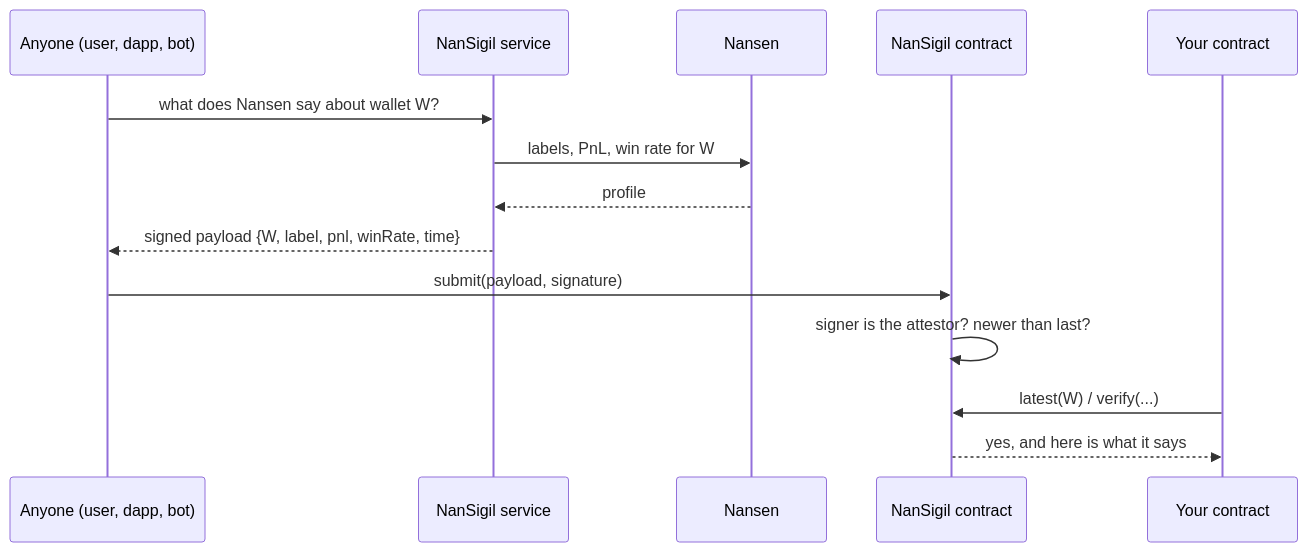
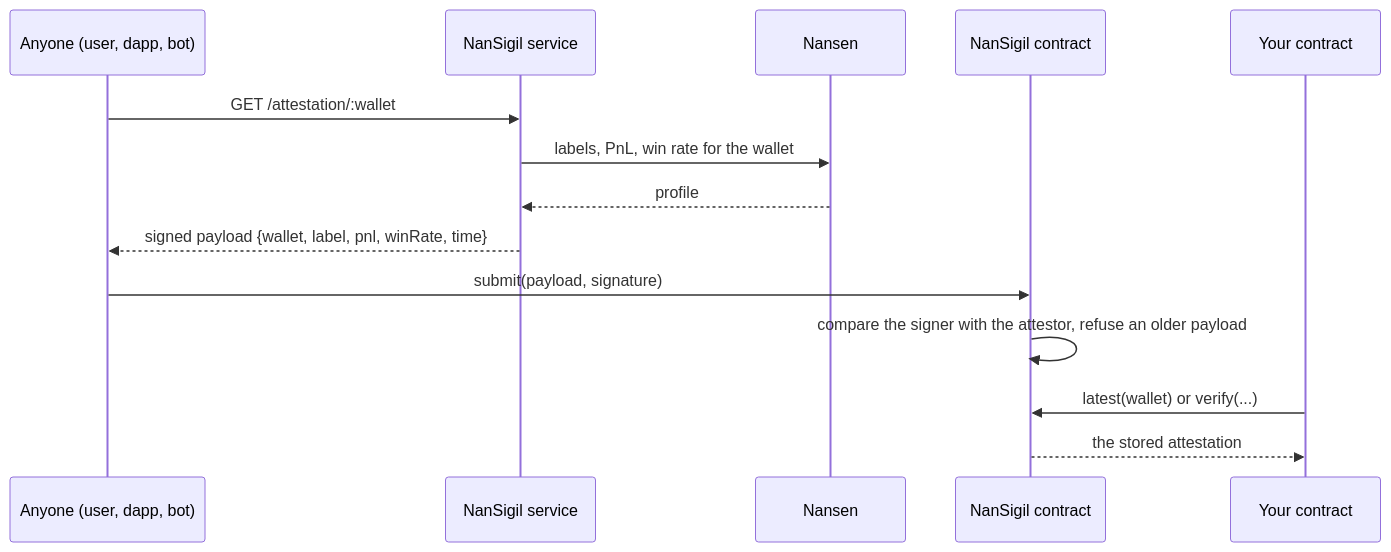
The first of 2 diagrams in README.md (custos-vault-agent/nansigil), drawn with Mermaid before and after one commit. The commit also changed other lines of this file and 1 other file, not shown here.

````diff
--- a/README.md
+++ b/README.md
@@ -19,17 +21,17 @@
 ```mermaid
 sequenceDiagram
     participant U as Anyone (user, dapp, bot)
     participant S as NanSigil service
     participant N as Nansen
     participant C as NanSigil contract
     participant X as Your contract
 
-    U->>S: what does Nansen say about wallet W?
-    S->>N: labels, PnL, win rate for W
+    U->>S: GET /attestation/:wallet
+    S->>N: labels, PnL, win rate for the wallet
     N-->>S: profile
-    S-->>U: signed payload {W, label, pnl, winRate, time}
+    S-->>U: signed payload {wallet, label, pnl, winRate, time}
     U->>C: submit(payload, signature)
-    C->>C: signer is the attestor? newer than last?
-    X->>C: latest(W) / verify(...)
-    C-->>X: yes, and here is what it says
+    C->>C: compare the signer with the attestor, refuse an older payload
+    X->>C: latest(wallet) or verify(...)
+    C-->>X: the stored attestation
 ```
````
